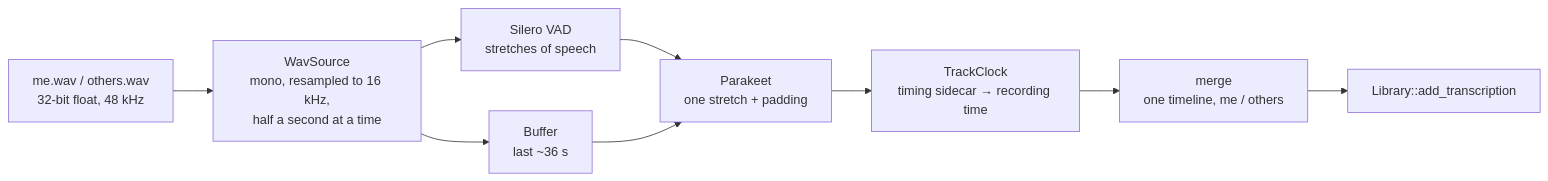
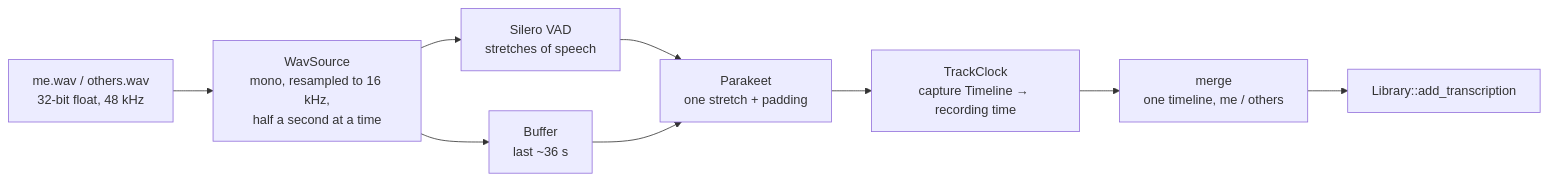
Before and after one commit to lorenzotricaricoo/Trama: the diagram in docs/architecture/transcription.md, drawn with Mermaid. The commit also changed other lines of this file and 1 other file, not shown here.

Commit message:
docs: place transcripts with the recorder's timeline

````diff
--- a/docs/architecture/transcription.md
+++ b/docs/architecture/transcription.md
@@ -37,11 +37,11 @@
 ```mermaid
 flowchart LR
     WAV["me.wav / others.wav<br/>32-bit float, 48 kHz"] --> SRC["WavSource<br/>mono, resampled to 16 kHz,<br/>half a second at a time"]
     SRC --> VAD["Silero VAD<br/>stretches of speech"]
     SRC --> BUF["Buffer<br/>last ~36 s"]
     VAD --> DEC["Parakeet<br/>one stretch + padding"]
     BUF --> DEC
-    DEC --> CLK["TrackClock<br/>timing sidecar → recording time"]
+    DEC --> CLK["TrackClock<br/>capture Timeline → recording time"]
     CLK --> MERGE["merge<br/>one timeline, me / others"]
     MERGE --> DB["Library::add_transcription"]
 ```
````
